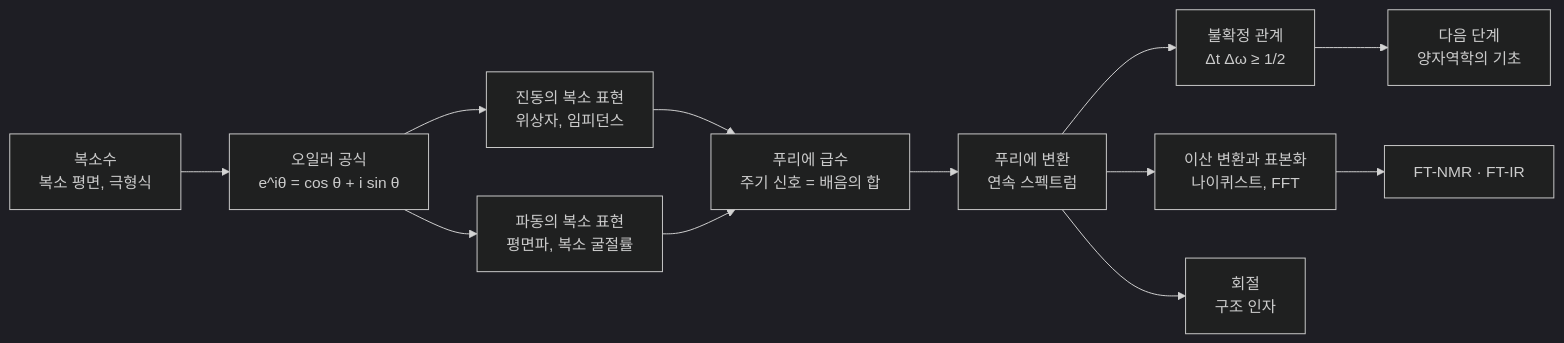
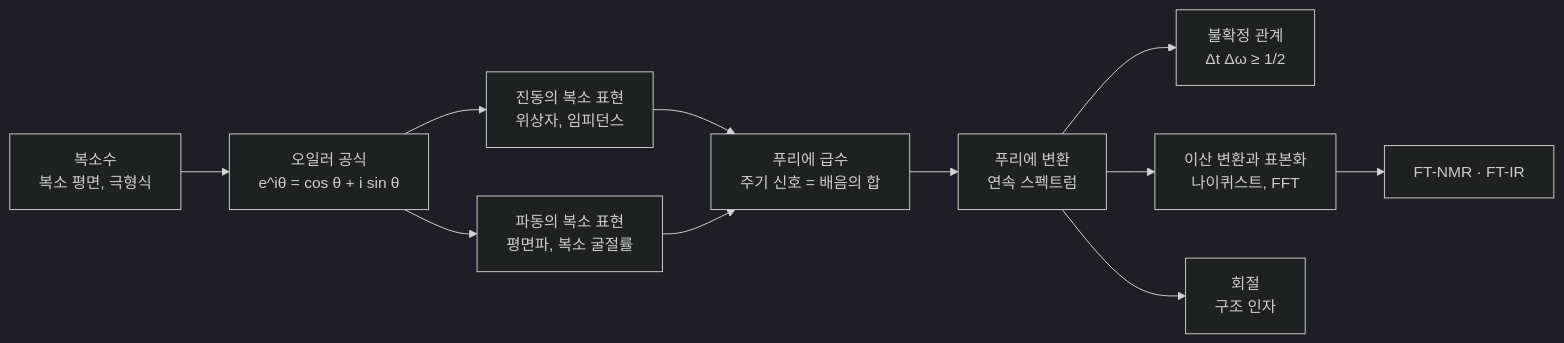
Before and after one commit to EricKOR1/sciencebook: the diagram in 대학_전공과정/수학_도구/umath-6_복소수와_푸리에_해석.md, drawn with Mermaid (dark theme). The commit also changed other lines of this file and 4 other files, not shown here.

````diff
--- a/대학_전공과정/수학_도구/umath-6_복소수와_푸리에_해석.md
+++ b/대학_전공과정/수학_도구/umath-6_복소수와_푸리에_해석.md
@@ -47,14 +47,13 @@
 ```mermaid
 flowchart LR
     A["복소수<br/>복소 평면, 극형식"] --> B["오일러 공식<br/>e^iθ = cos θ + i sin θ"]
     B --> C["진동의 복소 표현<br/>위상자, 임피던스"]
     B --> D["파동의 복소 표현<br/>평면파, 복소 굴절률"]
     C --> E["푸리에 급수<br/>주기 신호 = 배음의 합"]
     D --> E
     E --> F["푸리에 변환<br/>연속 스펙트럼"]
     F --> G["불확정 관계<br/>Δt Δω ≥ 1/2"]
     F --> H["이산 변환과 표본화<br/>나이퀴스트, FFT"]
     H --> I["FT-NMR · FT-IR"]
     F --> J["회절<br/>구조 인자"]
-    G --> K["다음 단계<br/>양자역학의 기초"]
 ```
````
